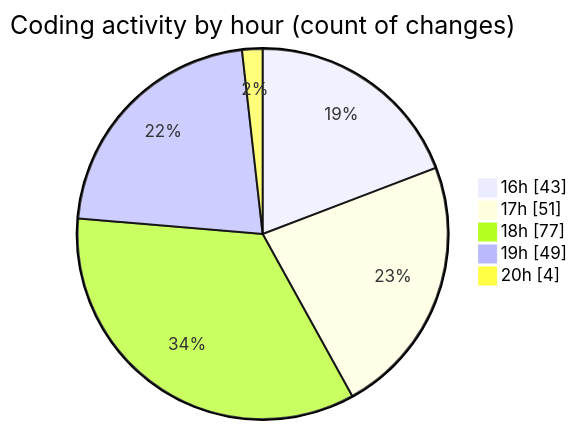
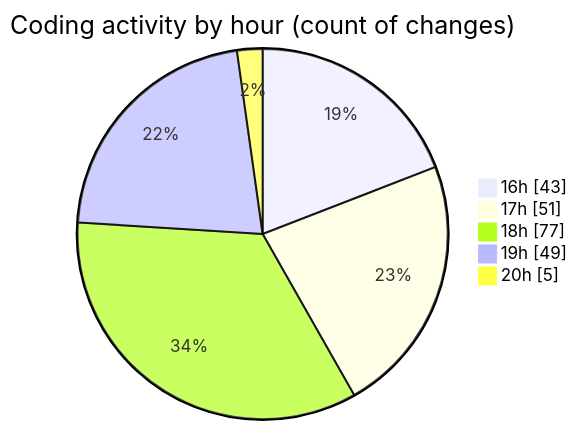
One commit to momahboobian/code-tracking changed the second of 2 diagrams in 2026-11-13/broadcaster-v6-feature/README.md. Above: the diagram before and after it, drawn with Mermaid. The commit also changed other lines of this file and 1 other file, not shown here.

````diff
--- a/2026-11-13/broadcaster-v6-feature/README.md
+++ b/2026-11-13/broadcaster-v6-feature/README.md
@@ -96,9 +96,9 @@
 ```mermaid
 pie showData
 title Coding activity by hour (count of changes)
 "16h" : 43
 "17h" : 51
 "18h" : 77
 "19h" : 49
-"20h" : 4
+"20h" : 5
 ```
````
